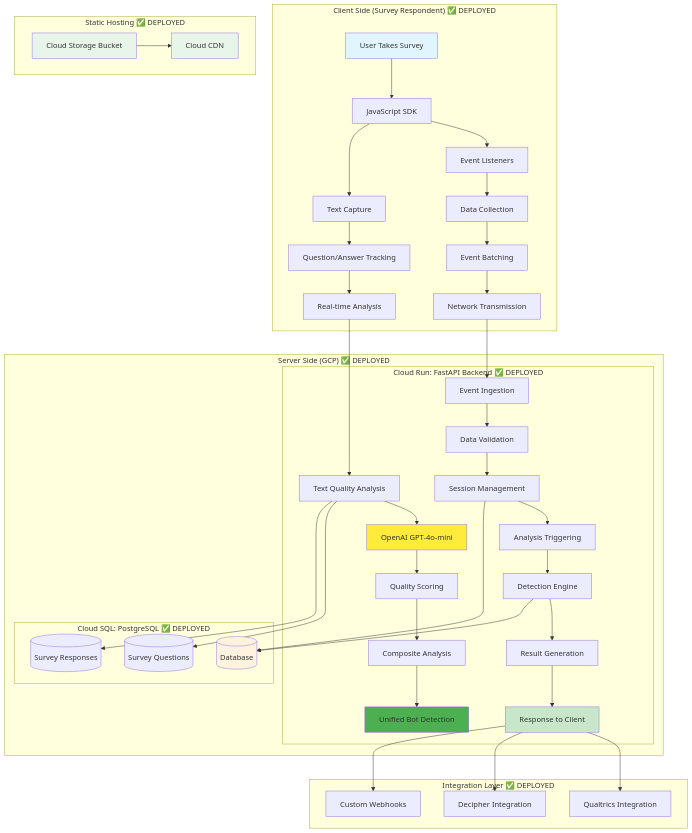
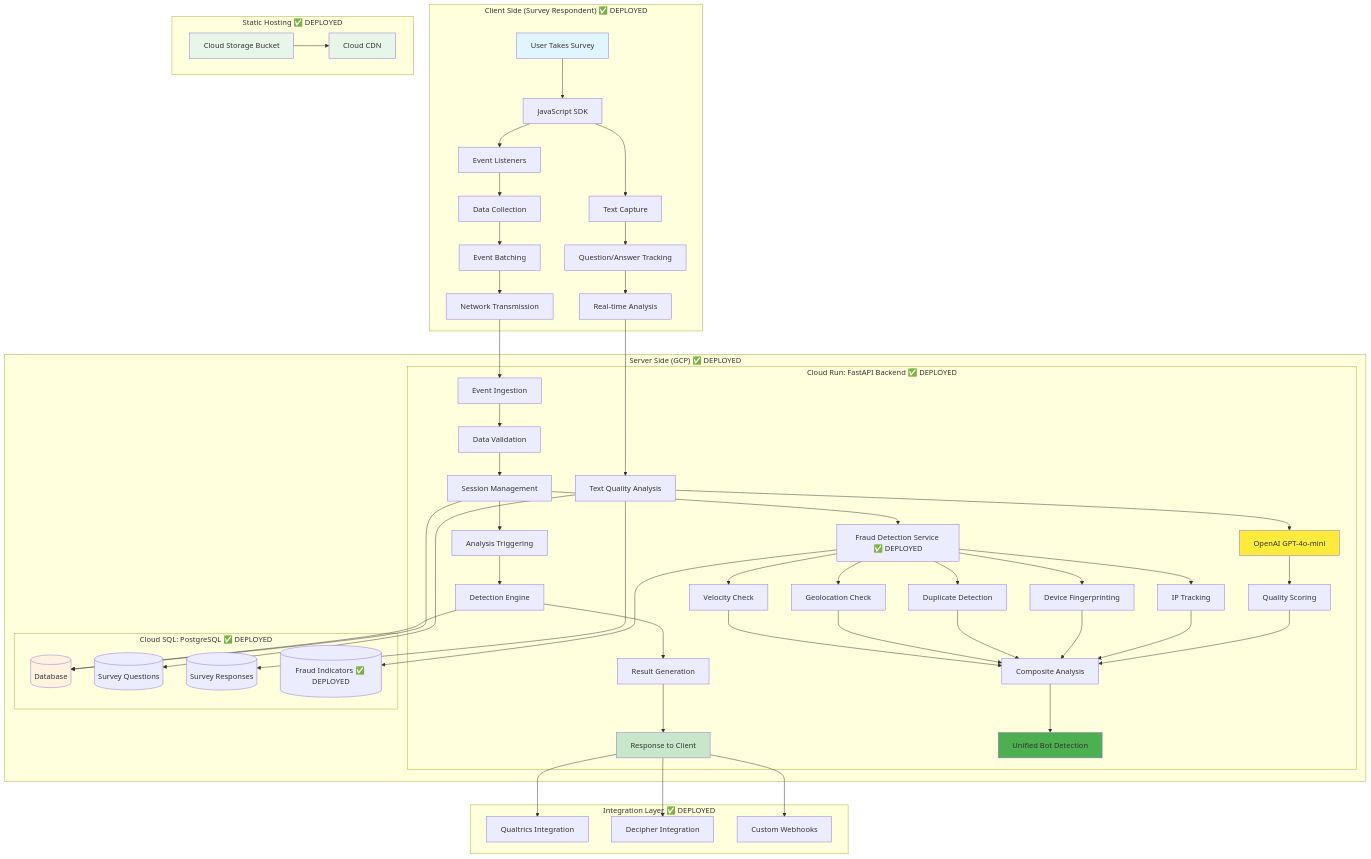
Before and after one commit to halderavik/bot_detection_live: the first of 11 diagrams in bot_detection_flow.md, drawn with Mermaid. The commit also changed other lines of this file and 41 other files, not shown here.

First line of the commit message:
Add fraud detection system with hierarchical API support

````diff
--- a/bot_detection_flow.md
+++ b/bot_detection_flow.md
@@ -37,62 +65,75 @@
 ```mermaid
 graph TB
     subgraph "Client Side (Survey Respondent) ✅ DEPLOYED"
         A[User Takes Survey] --> B[JavaScript SDK]
         B --> C[Event Listeners]
         C --> D[Data Collection]
         D --> E[Event Batching]
         E --> F[Network Transmission]
         B --> T[Text Capture]
         T --> U[Question/Answer Tracking]
         U --> V[Real-time Analysis]
     end
     
     subgraph "Server Side (GCP) ✅ DEPLOYED"
         subgraph "Cloud Run: FastAPI Backend ✅ DEPLOYED"
             F --> G[Event Ingestion]
             G --> H[Data Validation]
             H --> I[Session Management]
             I --> J[Analysis Triggering]
             J --> K[Detection Engine]
             K --> L[Result Generation]
             L --> M[Response to Client]
             V --> W[Text Quality Analysis]
             W --> X[OpenAI GPT-4o-mini]
             X --> Y[Quality Scoring]
             Y --> Z[Composite Analysis]
             Z --> AA[Unified Bot Detection]
+            I --> AB[Fraud Detection Service ✅ DEPLOYED]
+            AB --> AC[IP Tracking]
+            AB --> AD[Device Fingerprinting]
+            AB --> AE[Duplicate Detection]
+            AB --> AF[Geolocation Check]
+            AB --> AG[Velocity Check]
+            AC --> Z
+            AD --> Z
+            AE --> Z
+            AF --> Z
+            AG --> Z
         end
         subgraph "Cloud SQL: PostgreSQL ✅ DEPLOYED"
             N[(Database)]
             BB[(Survey Questions)]
             CC[(Survey Responses)]
+            DD[(Fraud Indicators ✅ DEPLOYED)]
         end
         I --> N
         K --> N
-        W --> BB
-        W --> CC
+            W --> BB
+            W --> CC
+            AB --> DD
     end
     
     subgraph "Static Hosting ✅ DEPLOYED"
         R[Cloud Storage Bucket]
         S[Cloud CDN]
         R --> S
     end
     
     subgraph "Integration Layer ✅ DEPLOYED"
         O[Qualtrics Integration]
         P[Decipher Integration]
         Q[Custom Webhooks]
         M --> O
         M --> P
         M --> Q
     end
     
     style A fill:#e1f5fe
     style M fill:#c8e6c9
     style N fill:#fff3e0
     style R fill:#e8f5e9
     style S fill:#e8f5e9
     style X fill:#ffeb3b
     style AA fill:#4caf50
 ```
````
